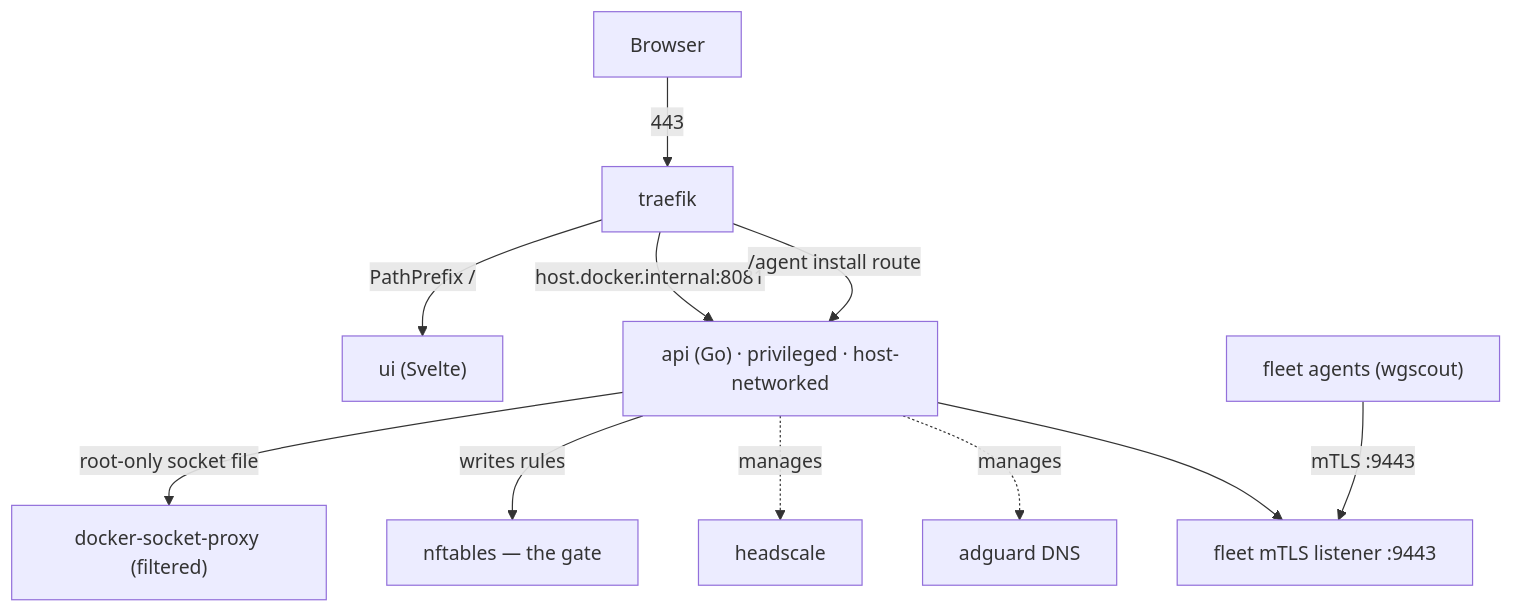
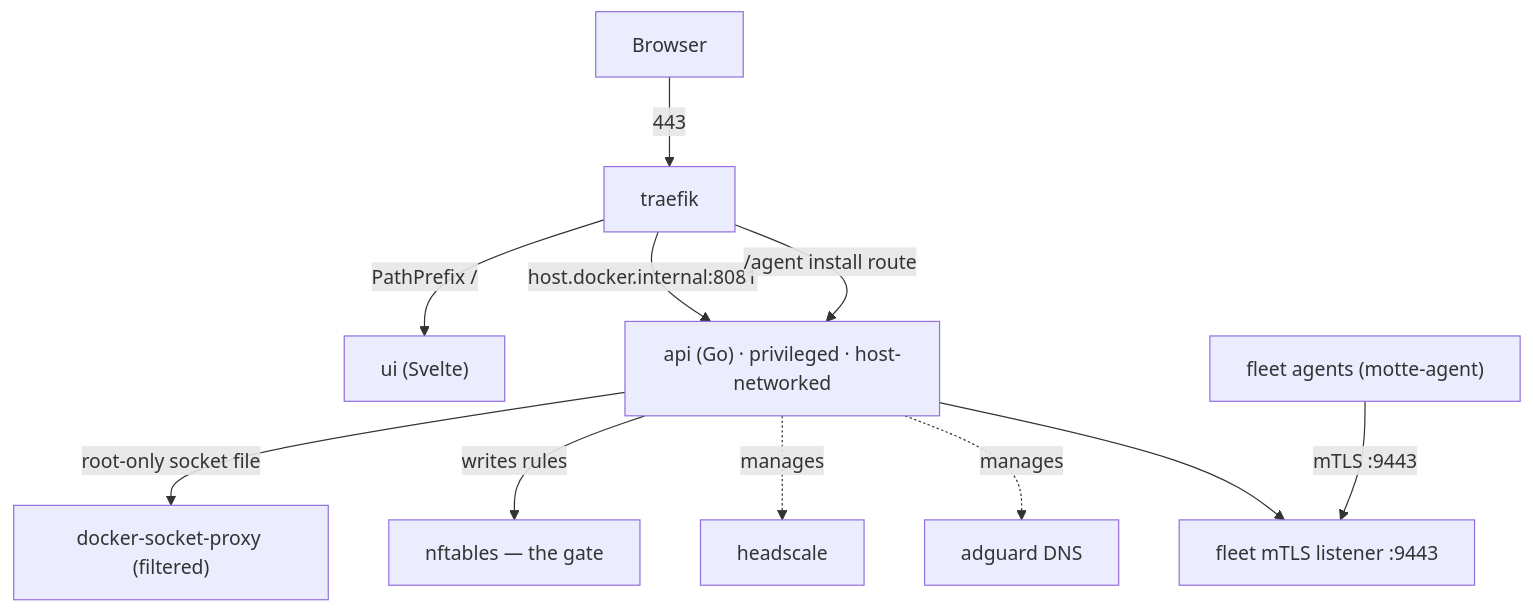
Before and after one commit to packalyst/motte: the first of 6 diagrams in README.md, drawn with Mermaid. The commit also changed other lines of this file and 12 other files, not shown here.

Commit message:
refactor(fleet)!: rename the agent to motte-agent

````diff
--- a/README.md
+++ b/README.md
@@ -172,13 +172,13 @@
 ```mermaid
 flowchart TB
     browser["Browser"] -->|443| traefik["traefik"]
     traefik -->|"PathPrefix /"| ui["ui (Svelte)"]
     traefik -->|"host.docker.internal:8081"| api["api (Go) · privileged · host-networked"]
     traefik -->|"/agent install route"| api
     api -->|"root-only socket file"| proxy["docker-socket-proxy (filtered)"]
     api -->|"writes rules"| nft["nftables — the gate"]
     api -.->|manages| headscale["headscale"]
     api -.->|manages| adguard["adguard DNS"]
     api --> fleetl["fleet mTLS listener :9443"]
-    agents["fleet agents (wgscout)"] -->|"mTLS :9443"| fleetl
+    agents["fleet agents (motte-agent)"] -->|"mTLS :9443"| fleetl
 ```
````
